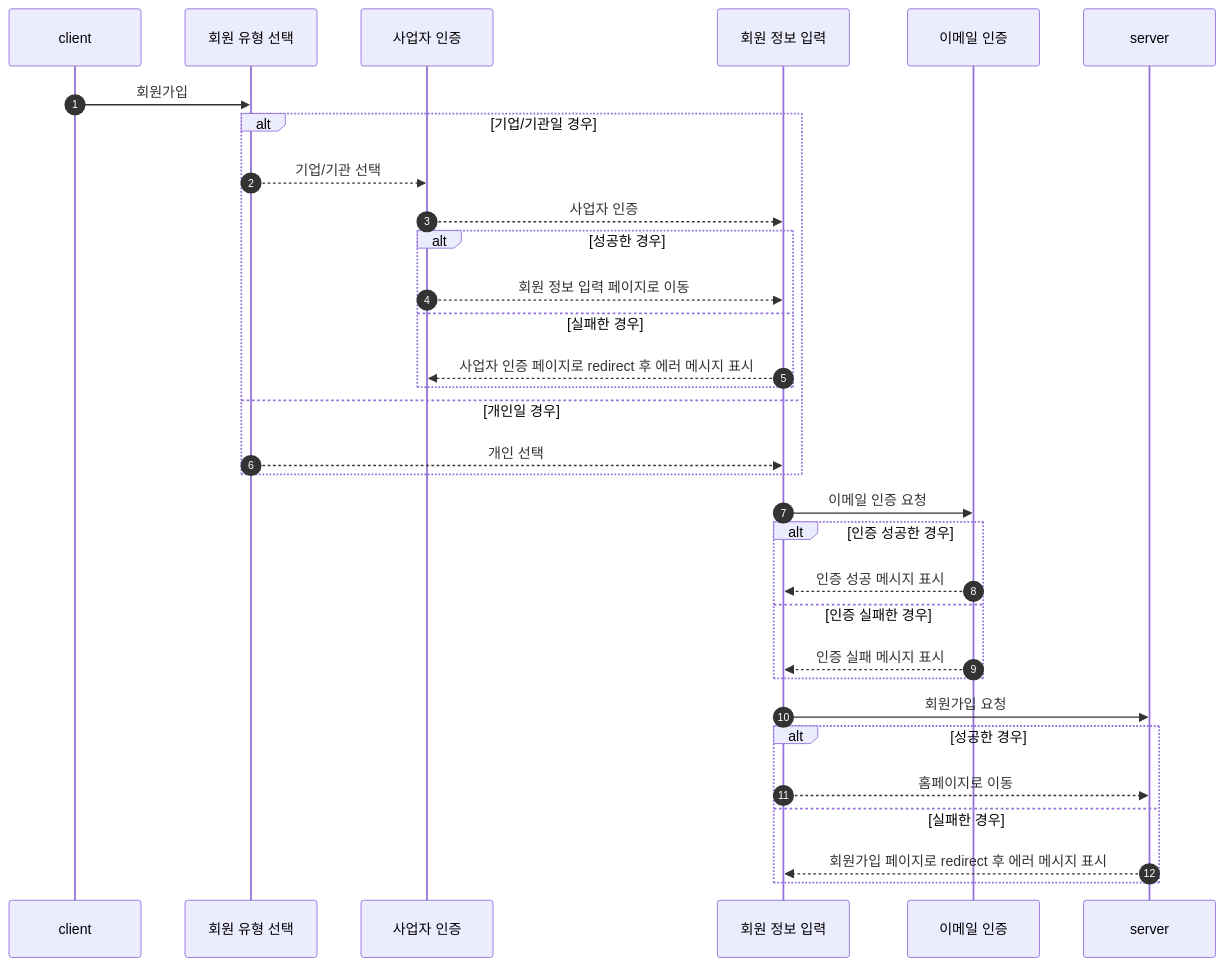
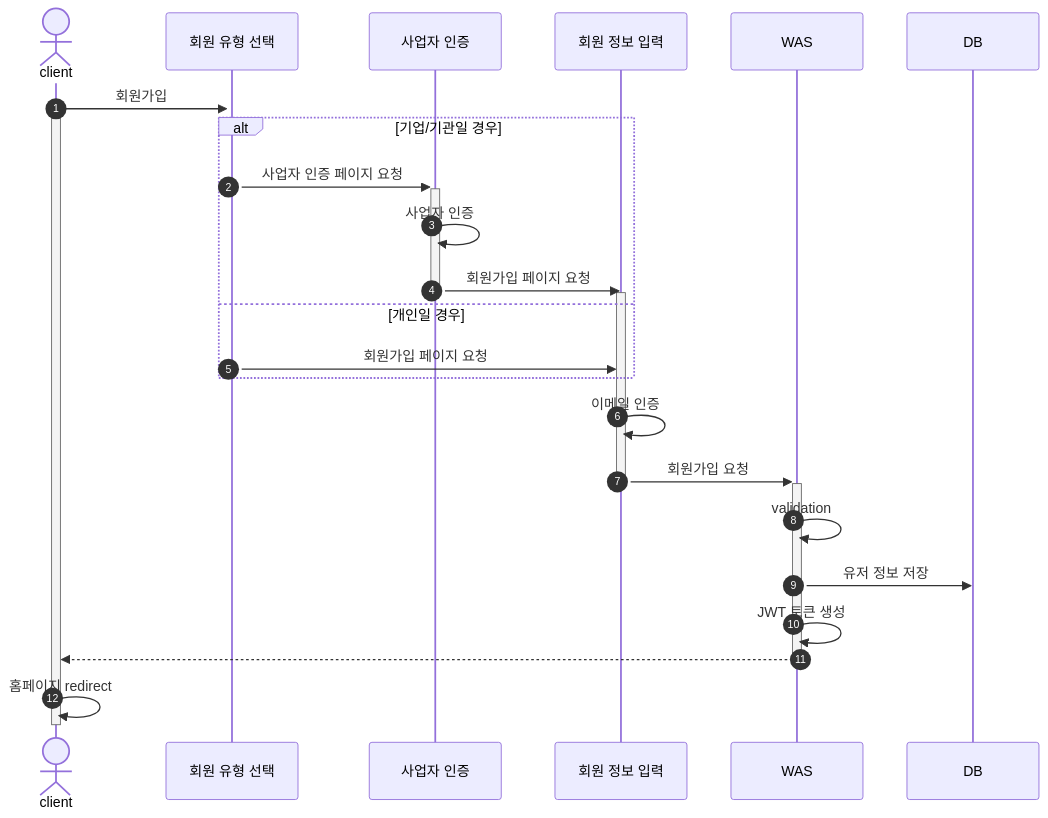
One commit to JadeKim042386/My3D changed the first of 9 diagrams in README.md. Above: the diagram before and after it, drawn with Mermaid. The commit also changed other lines of this file, not shown here.

````diff
--- a/README.md
+++ b/README.md
@@ -19,28 +17,24 @@
 ```mermaid
   sequenceDiagram
     autonumber
-    client ->> 회원 유형 선택: 회원가입
+    actor client
+    client ->>+ 회원 유형 선택: 회원가입
+    activate client
     alt 기업/기관일 경우
-        회원 유형 선택 -->> 사업자 인증: 기업/기관 선택
-        사업자 인증 -->> 회원 정보 입력: 사업자 인증
-        alt 성공한 경우
-            사업자 인증 -->> 회원 정보 입력: 회원 정보 입력 페이지로 이동
-        else 실패한 경우
-            회원 정보 입력 -->> 사업자 인증: 사업자 인증 페이지로 redirect 후 에러 메시지 표시
-        end
+        회원 유형 선택 ->>+ 사업자 인증: 사업자 인증 페이지 요청
+        사업자 인증 ->> 사업자 인증: 사업자 인증
+        사업자 인증 ->>- 회원 정보 입력: 회원가입 페이지 요청
+        activate 회원 정보 입력
     else 개인일 경우
-        회원 유형 선택 -->> 회원 정보 입력: 개인 선택
+        회원 유형 선택 ->> 회원 정보 입력: 회원가입 페이지 요청
     end
-    회원 정보 입력 ->> 이메일 인증: 이메일 인증 요청
-    alt 인증 성공한 경우
-        이메일 인증 -->> 회원 정보 입력: 인증 성공 메시지 표시
-    else 인증 실패한 경우
-        이메일 인증 -->> 회원 정보 입력: 인증 실패 메시지 표시
-    end
-    회원 정보 입력 ->> server: 회원가입 요청
-    alt 성공한 경우
-        회원 정보 입력 -->> server: 홈페이지로 이동
-    else 실패한 경우
-        server -->> 회원 정보 입력: 회원가입 페이지로 redirect 후 에러 메시지 표시
-    end
+    회원 정보 입력 ->> 회원 정보 입력: 이메일 인증
+    회원 정보 입력 ->>+ WAS: 회원가입 요청
+    deactivate 회원 정보 입력
+    WAS ->> WAS: validation
+    WAS ->> DB: 유저 정보 저장
+    WAS ->> WAS: JWT 토큰 생성
+    WAS -->>- client: 
+    client ->> client: 홈페이지 redirect 
+    deactivate client
 ```
````
